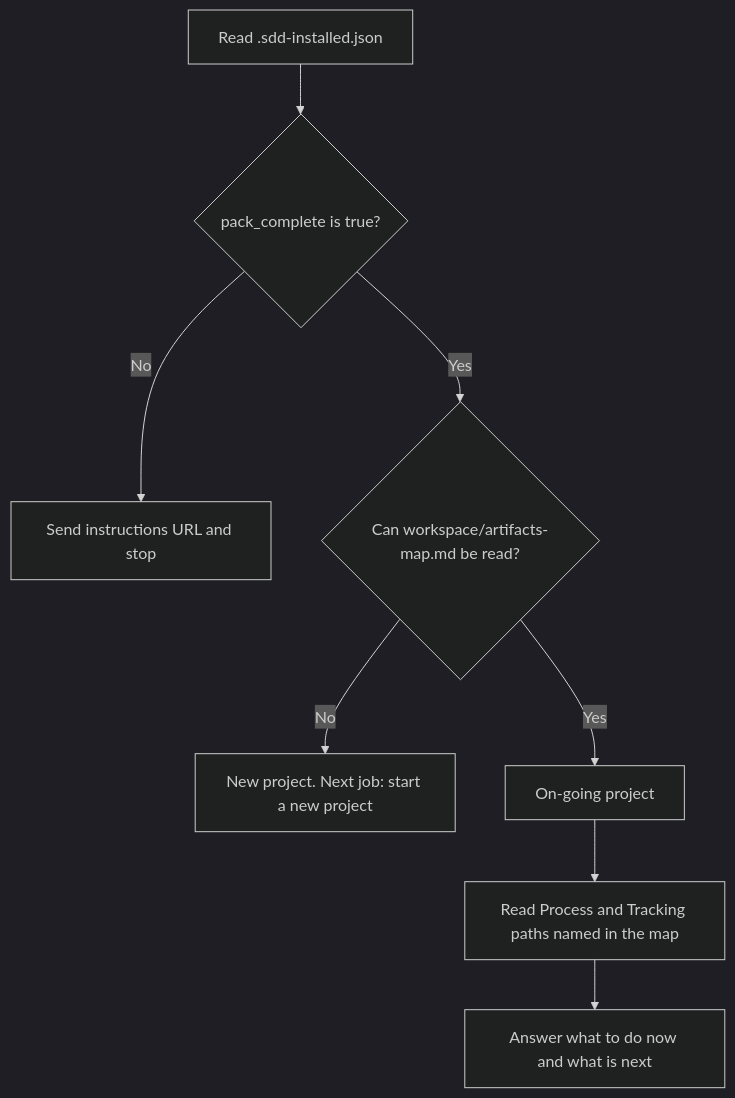
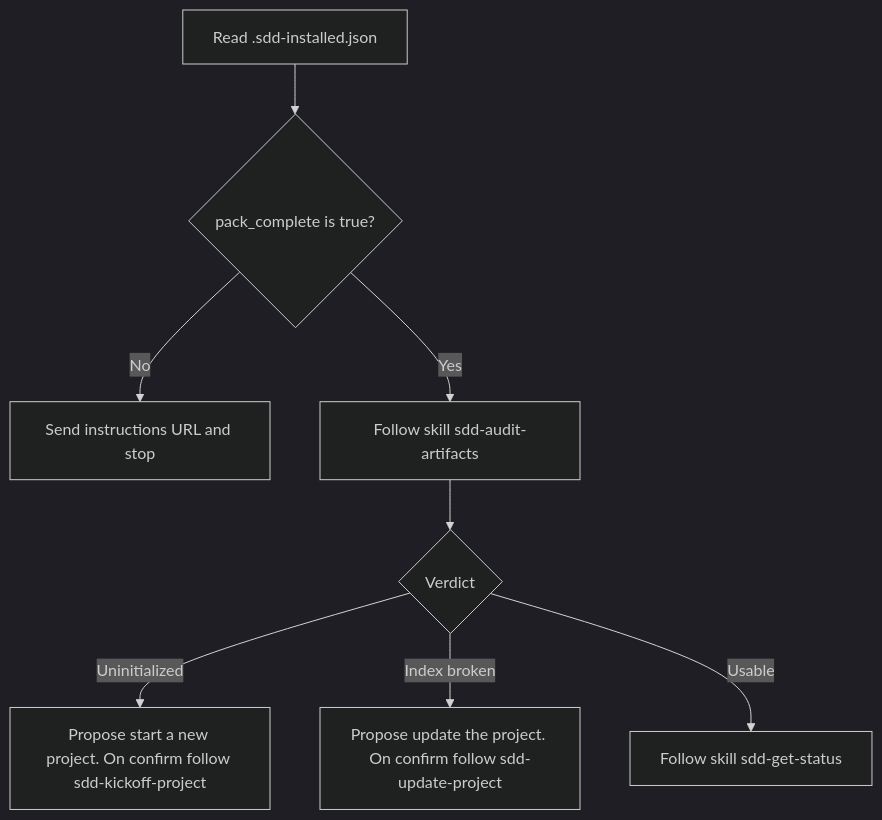
The diagram in specs/agent-ethan/agent-design.md (ethanhuangcst/workspace.framework.sdd.works), drawn with Mermaid (dark theme) before and after one commit. The commit also changed other lines of this file and 15 other files, not shown here.

First line of the commit message:
Redesign Ethan start load around audit and status skills.

````diff
--- a/specs/agent-ethan/agent-design.md
+++ b/specs/agent-ethan/agent-design.md
@@ -86,10 +89,10 @@
 ```mermaid
 flowchart TD
   start[Read .sdd-installed.json] --> gate{pack_complete is true?}
   gate -->|No| stop[Send instructions URL and stop]
-  gate -->|Yes| map{Can workspace/artifacts-map.md be read?}
-  map -->|No| newProj[New project. Next job: start a new project]
-  map -->|Yes| ongoing[On-going project]
-  ongoing --> read[Read Process and Tracking paths named in the map]
-  read --> answer[Answer what to do now and what is next]
+  gate -->|Yes| audit[Follow skill sdd-audit-artifacts]
+  audit --> verdict{Verdict}
+  verdict -->|Uninitialized| kickoff[Propose start a new project. On confirm follow sdd-kickoff-project]
+  verdict -->|Index broken| update[Propose update the project. On confirm follow sdd-update-project]
+  verdict -->|Usable| status[Follow skill sdd-get-status]
 ```
````
